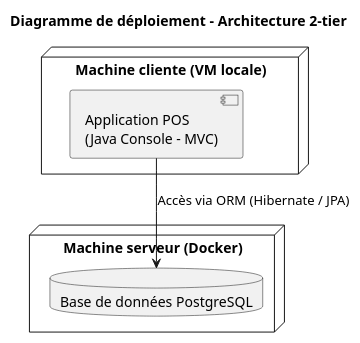
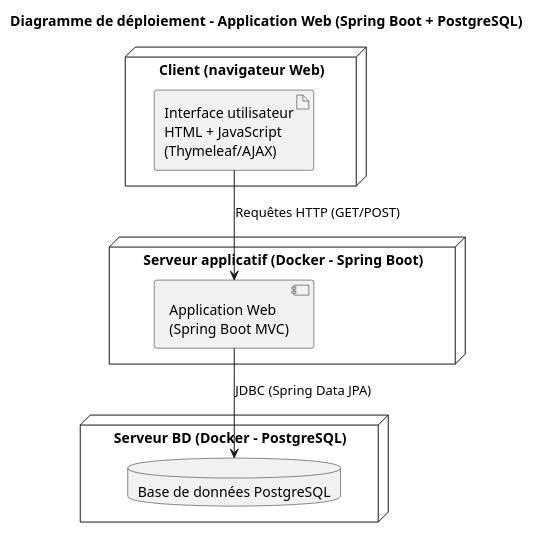
The diagram in docs/diagrams/dp.puml (SlitherinSnake/tp0-1-2-log430), drawn with PlantUML before and after one commit. The commit also changed 14 other files, not shown here.

```diff
--- a/docs/diagrams/dp.puml
+++ b/docs/diagrams/dp.puml
@@ -1,17 +1,24 @@
 @startuml
-title Diagramme de déploiement – Architecture 2-tier
+title Diagramme de déploiement – Application Web (Spring Boot + PostgreSQL)
 
-' === Noeud client (VM locale ou PC) ===
-node "Machine cliente (VM locale)" {
-  component "Application POS\n(Java Console - MVC)"
+' === Noeud client (navigateur web) ===
+node "Client (navigateur Web)" {
+  artifact "Interface utilisateur\nHTML + JavaScript\n(Thymeleaf/AJAX)"
 }
 
-' === Noeud serveur BD (PostgreSQL) ===
-node "Machine serveur (Docker)" {
+' === Noeud serveur applicatif (Spring Boot) ===
+node "Serveur applicatif (Docker - Spring Boot)" {
+  component "Application Web\n(Spring Boot MVC)"
+}
+
+' === Noeud base de données ===
+node "Serveur BD (Docker - PostgreSQL)" {
   database "Base de données PostgreSQL"
 }
 
-' === Connexion ORM via Hibernate/JPA ===
-"Application POS\n(Java Console - MVC)" --> "Base de données PostgreSQL" : Accès via ORM (Hibernate / JPA)
+' === Relations ===
+"Interface utilisateur\nHTML + JavaScript\n(Thymeleaf/AJAX)" --> "Application Web\n(Spring Boot MVC)" : Requêtes HTTP (GET/POST)
+
+"Application Web\n(Spring Boot MVC)" --> "Base de données PostgreSQL" : JDBC (Spring Data JPA)
 
 @enduml
```
